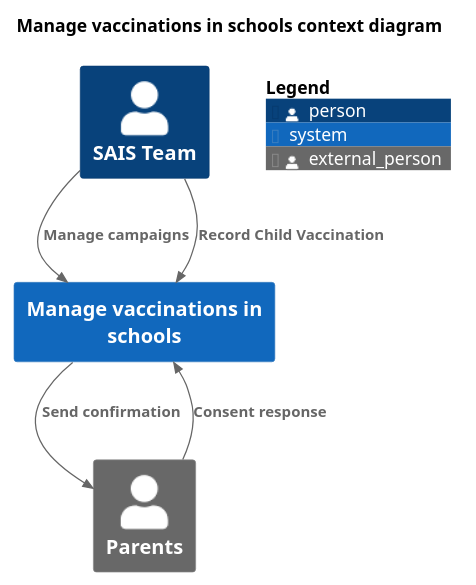
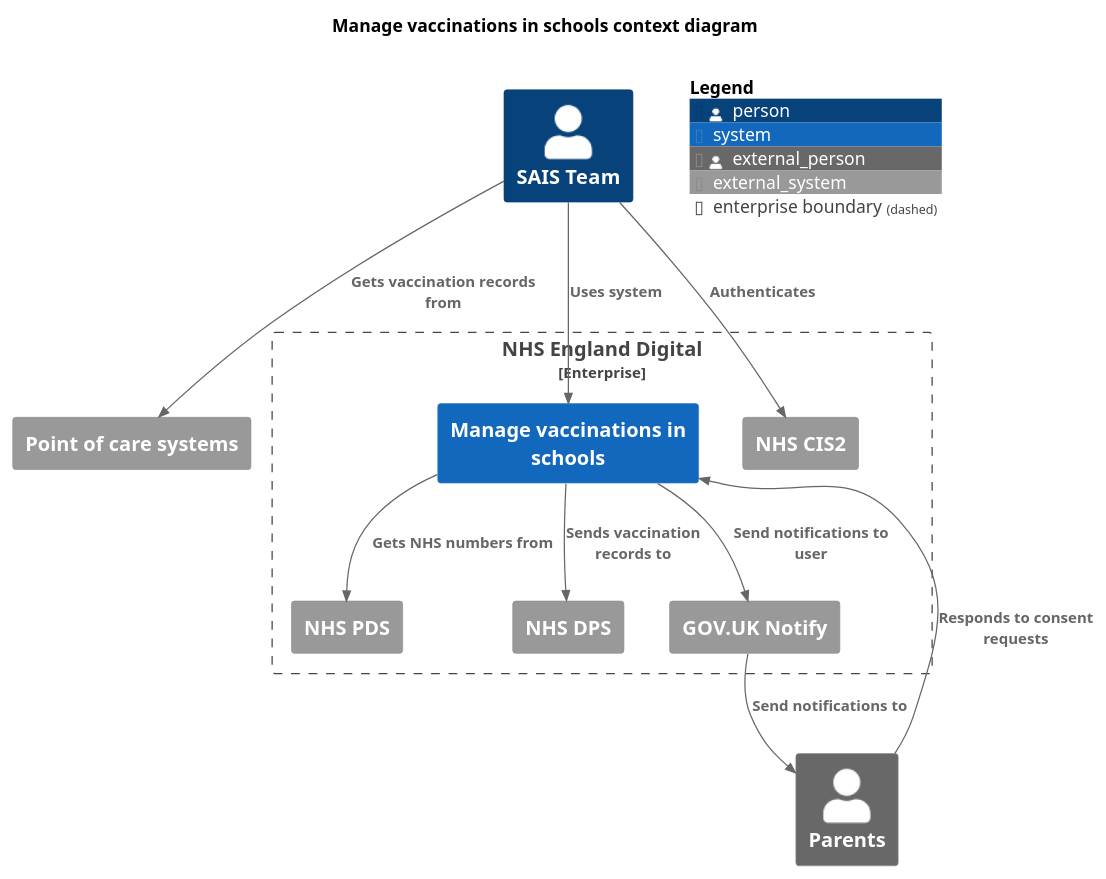
Before and after one commit to nhsuk/manage-vaccinations-in-schools: the diagram in docs/diagrams/context-view.puml, drawn with PlantUML. The commit also changed 4 other files, not shown here.

Commit message:
Update architecture diagrams

```diff
--- a/docs/diagrams/context-view.puml
+++ b/docs/diagrams/context-view.puml
@@ -1,23 +1,36 @@
 @startuml
 
 !include <C4/C4_Context.puml>
 
 LAYOUT_TOP_DOWN()
 
 title "Manage vaccinations in schools context diagram"
 
-Person(sais, "SAIS Team")
 Person_Ext(parents, "Parents")
 
-System(manage, "Manage vaccinations in schools")
+System_Ext(poc, "Point of care systems")
+Person(sais, "SAIS Team")
+
+Enterprise_Boundary(nhs, "NHS England Digital") {
+  System(mavis, "Manage vaccinations in schools")
+
+  System_Ext(cis, "NHS CIS2")
+  System_Ext(pds, "NHS PDS")
+  System_Ext(dps, "NHS DPS")
+  System_Ext(notify, "GOV.UK Notify")
+}
 
 AddRelTag("optional", $textColor="black", $lineColor="black", $lineStyle="dashed")
 
-Rel(sais, manage, "Manage campaigns")
-Rel(sais, manage, "Record Child Vaccination")
-Rel(parents, manage, "Consent response")
-Rel(manage, parents, "Send confirmation")
+Rel(sais, cis, "Authenticates")
+Rel(sais, mavis, "Uses system")
+Rel(sais, poc, "Gets vaccination records from")
+Rel(mavis, notify, "Send notifications to user")
+Rel(notify, parents, "Send notifications to")
+Rel(parents, mavis, "Responds to consent requests")
+Rel(mavis, pds, "Gets NHS numbers from")
+Rel(mavis, dps, "Sends vaccination records to")
 
 SHOW_FLOATING_LEGEND()
 
 @enduml
```
